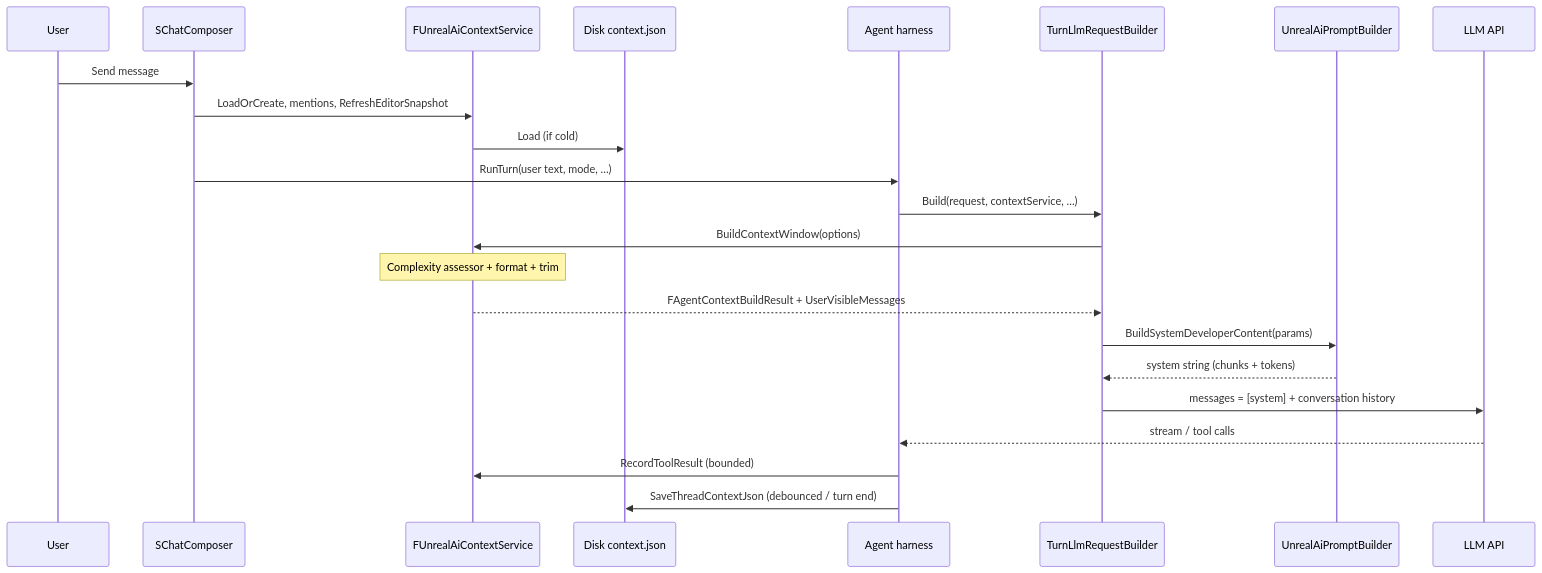
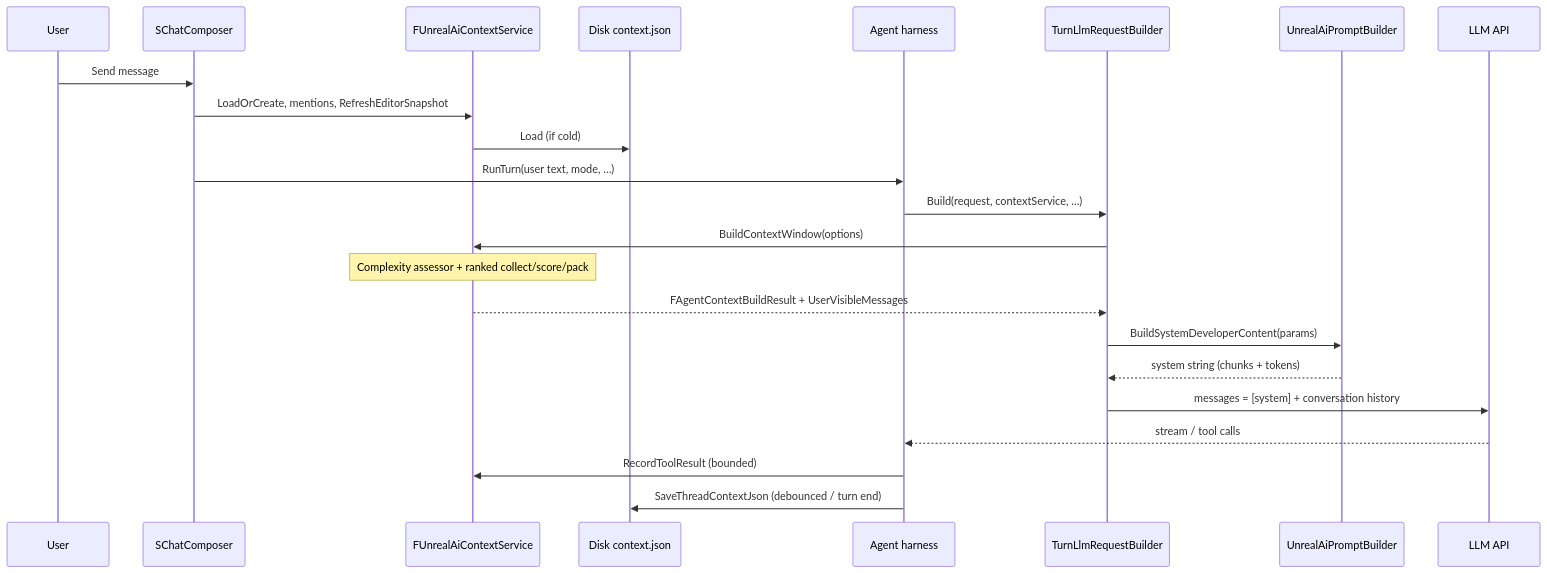
One commit to ChristianWebb0209/unreal-engine-ai-assistant changed the second of 2 diagrams in docs/context-management.md. Above: the diagram before and after it, drawn with Mermaid. The commit also changed other lines of this file and 16 other files, not shown here.

````diff
--- a/docs/context-management.md
+++ b/docs/context-management.md
@@ -102,26 +185,26 @@
 ```mermaid
 sequenceDiagram
   participant U as User
   participant C as SChatComposer
   participant S as FUnrealAiContextService
   participant P as Disk context.json
   participant H as Agent harness
   participant B as TurnLlmRequestBuilder
   participant PB as UnrealAiPromptBuilder
   participant API as LLM API
 
   U->>C: Send message
   C->>S: LoadOrCreate, mentions, RefreshEditorSnapshot
   S->>P: Load (if cold)
   C->>H: RunTurn(user text, mode, …)
   H->>B: Build(request, contextService, …)
   B->>S: BuildContextWindow(options)
-  Note over S: Complexity assessor + format + trim
+  Note over S: Complexity assessor + ranked collect/score/pack
   S-->>B: FAgentContextBuildResult + UserVisibleMessages
   B->>PB: BuildSystemDeveloperContent(params)
   PB-->>B: system string (chunks + tokens)
   B->>API: messages = [system] + conversation history
   API-->>H: stream / tool calls
   H->>S: RecordToolResult (bounded)
   H->>P: SaveThreadContextJson (debounced / turn end)
 ```
````
